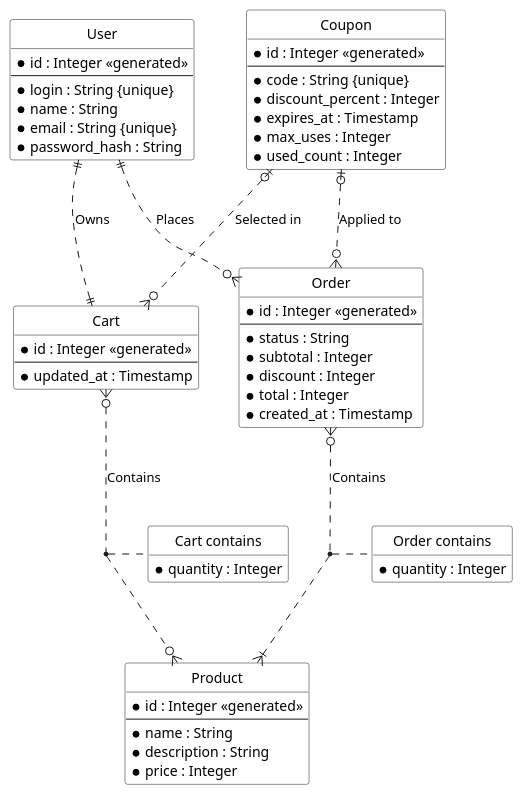
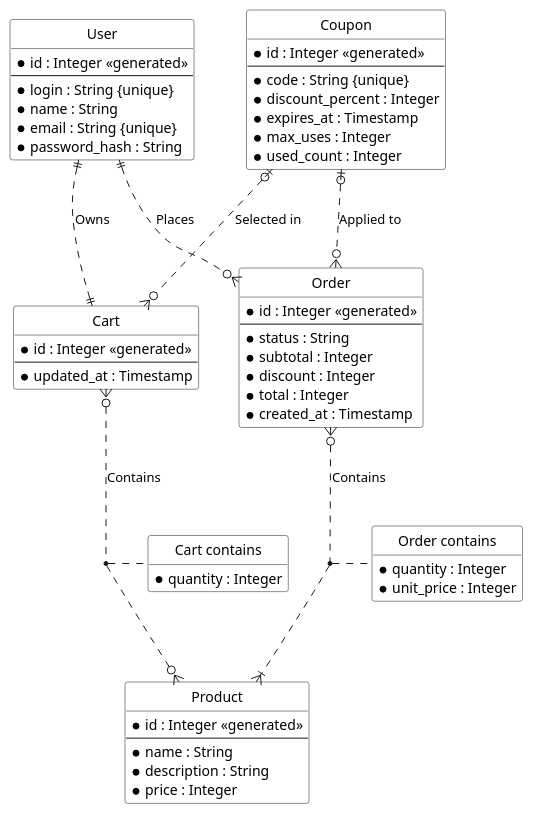
One commit to Valentin92257/api-security-lab changed the diagram in docs/data_model/er_logic.puml. Above: the diagram before and after it, drawn with PlantUML.

Commit message:
SECURITYLAB-4 fix er puml

```diff
--- a/docs/data_model/er_logic.puml
+++ b/docs/data_model/er_logic.puml
@@ -1,74 +1,75 @@
 @startuml
 
 skinparam nodesep 40
 skinparam ranksep 80
 skinparam class {
   BackgroundColor transparent
 }
 hide empty members
 hide circle
 
 entity "User" as usr {
     *id : Integer <<generated>>
     --
     *login : String {unique}
     *name : String
     *email : String {unique}
     *password_hash : String
 }
 
 entity "Product" as prod {
     *id : Integer <<generated>>
     --
     *name : String
     *description : String
     *price : Integer
 }
 
 entity "Coupon" as cpn {
     *id : Integer <<generated>>
     --
     *code : String {unique}
     *discount_percent : Integer
     *expires_at : Timestamp
     *max_uses : Integer
     *used_count : Integer
 }
 
 entity "Cart" as cart {
     *id : Integer <<generated>>
     --
     *updated_at : Timestamp
 }
 
 entity "Order" as ord {
     *id : Integer <<generated>>
     --
     *status : String
     *subtotal : Integer
     *discount : Integer
     *total : Integer
     *created_at : Timestamp
 }
 
 entity "Cart contains" as cart_rel {
     *quantity : Integer
 }
 
 entity "Order contains" as ord_rel {
     *quantity : Integer
+    *unit_price : Integer
 }
 
 usr  ||..||  cart  : Owns
 usr  ||..o{  ord   : Places
 
 cart }o..o{  prod  : Contains
 (cart, prod) .. cart_rel
 
 ord  }o..|{  prod  : Contains
 (ord, prod) .. ord_rel
 
 cpn  |o..o{  cart  : Selected in
 cpn  |o..o{  ord   : Applied to
 
 @enduml
```
